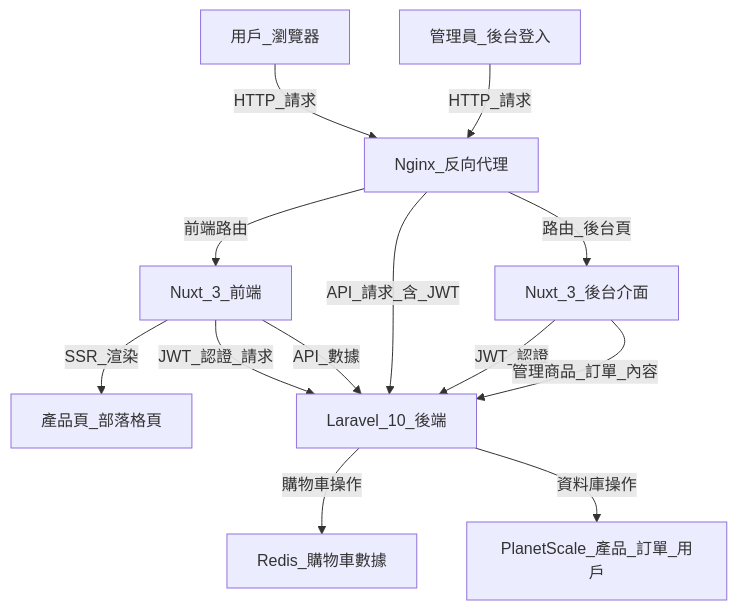
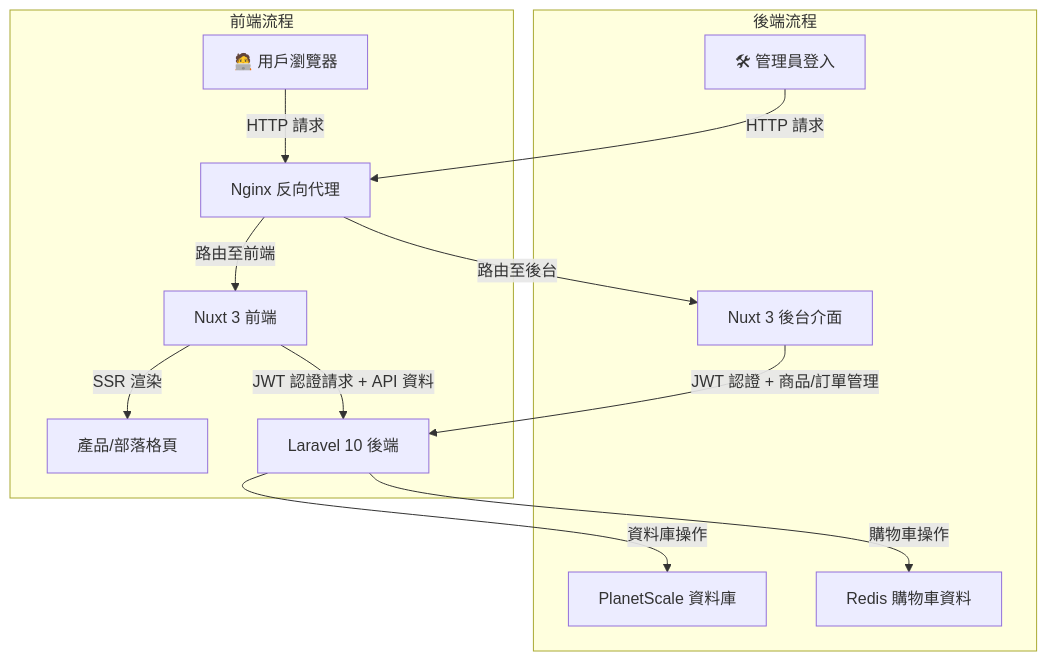
One commit to BpsEason/PetJoyEcommerce changed the diagram in README.md. Above: the diagram before and after it, drawn with Mermaid.

````diff
--- a/README.md
+++ b/README.md
@@ -24,17 +24,18 @@
 ```mermaid
 graph TD
-    A[用戶_瀏覽器] -->|HTTP_請求| B[Nginx_反向代理]
-    B -->|前端路由| C[Nuxt_3_前端]
-    C -->|SSR_渲染| E[產品頁_部落格頁]
-    C -->|JWT_認證_請求| D[Laravel_10_後端]
-    B -->|API_請求_含_JWT| D
-    C -->|API_數據| D
-    D -->|購物車操作| G[Redis_購物車數據]
-    D -->|資料庫操作| H[PlanetScale_產品_訂單_用戶]
+    subgraph 前端流程
+        UA[🧑‍💻 用戶瀏覽器] -->|HTTP 請求| RP[Nginx 反向代理]
+        RP -->|路由至前端| FE[Nuxt 3 前端]
+        FE -->|SSR 渲染| BLOG[產品/部落格頁]
+        FE -->|JWT 認證請求 + API 資料| BE[Laravel 10 後端]
+    end
 
-    I[管理員_後台登入] -->|HTTP_請求| B
-    B -->|路由_後台頁| J[Nuxt_3_後台介面]
-    J -->|JWT_認證| D
-    J -->|管理商品_訂單_內容| D
+    subgraph 後端流程
+        ADMIN[🛠 管理員登入] -->|HTTP 請求| RP
+        RP -->|路由至後台| DASH[Nuxt 3 後台介面]
+        DASH -->|JWT 認證 + 商品/訂單管理| BE
+        BE -->|資料庫操作| DB[PlanetScale 資料庫]
+        BE -->|購物車操作| REDIS[Redis 購物車資料]
+    end
 
 ```
````
